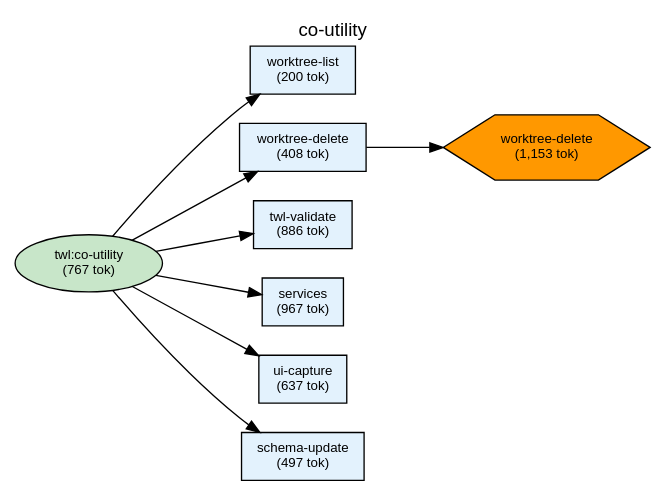
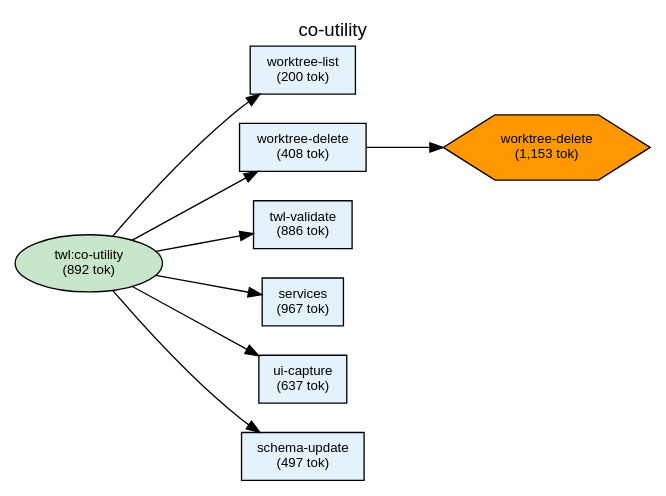
One commit to shuu5/twill changed the diagram in plugins/twl/docs/deps-co-utility.dot. Above: the diagram before and after it, drawn with Graphviz. The commit also changed 41 other files, not shown here.

```diff
--- a/plugins/twl/docs/deps-co-utility.dot
+++ b/plugins/twl/docs/deps-co-utility.dot
@@ -1,60 +1,60 @@
 digraph Dependencies {
     // Graph settings
     rankdir=LR;
     ranksep=0.8;
     nodesep=0.3;
     fontname="Helvetica";
     node [fontname="Helvetica", fontsize=10];
     edge [fontname="Helvetica", fontsize=9];
     label="co-utility";
     labelloc=t;
     fontsize=14;
 
     // L0: Controller Skills
-    skill_co_utility [label="twl:co-utility\n(767 tok)", shape=ellipse, style=filled, fillcolor="#c8e6c9"];
+    skill_co_utility [label="twl:co-utility\n(892 tok)", shape=ellipse, style=filled, fillcolor="#c8e6c9"];
 
     // L0: Launchers
 
     // L0.5: Workflow Skills
 
     // Reference Skills
 
     // L1: Direct Commands
     cmd_worktree_list [label="worktree-list\n(200 tok)", shape=box, style=filled, fillcolor="#e3f2fd"];
     cmd_twl_validate [label="twl-validate\n(886 tok)", shape=box, style=filled, fillcolor="#e3f2fd"];
     cmd_services [label="services\n(967 tok)", shape=box, style=filled, fillcolor="#e3f2fd"];
     cmd_ui_capture [label="ui-capture\n(637 tok)", shape=box, style=filled, fillcolor="#e3f2fd"];
     cmd_worktree_delete [label="worktree-delete\n(408 tok)", shape=box, style=filled, fillcolor="#e3f2fd"];
     cmd_schema_update [label="schema-update\n(497 tok)", shape=box, style=filled, fillcolor="#e3f2fd"];
 
     // L2: Sub Commands
 
     // L3: Agents
 
     // L3.5: Scripts
     script_worktree_delete [label="worktree-delete\n(1,153 tok)", shape=hexagon, style=filled, fillcolor="#FF9800"];
 
     // L4: External
 
     // Layer constraints
     { rank=same; skill_co_utility; }
     { rank=same; cmd_worktree_list; cmd_twl_validate; cmd_services; cmd_ui_capture; cmd_worktree_delete; cmd_schema_update; }
     { rank=same; script_worktree_delete; }
 
     // Edges
     skill_co_utility -> cmd_worktree_list;
     skill_co_utility -> cmd_worktree_delete;
     skill_co_utility -> cmd_twl_validate;
     skill_co_utility -> cmd_services;
     skill_co_utility -> cmd_ui_capture;
     skill_co_utility -> cmd_schema_update;
     cmd_worktree_delete -> script_worktree_delete;
 
     // Ordering constraints (invisible edges)
     cmd_worktree_list -> cmd_worktree_delete [style=invis, weight=10];
     cmd_worktree_delete -> cmd_twl_validate [style=invis, weight=10];
     cmd_twl_validate -> cmd_services [style=invis, weight=10];
     cmd_services -> cmd_ui_capture [style=invis, weight=10];
     cmd_ui_capture -> cmd_schema_update [style=invis, weight=10];
 
 }
```
